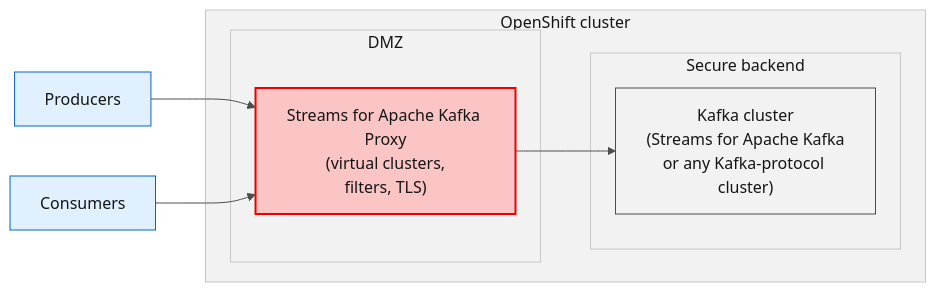
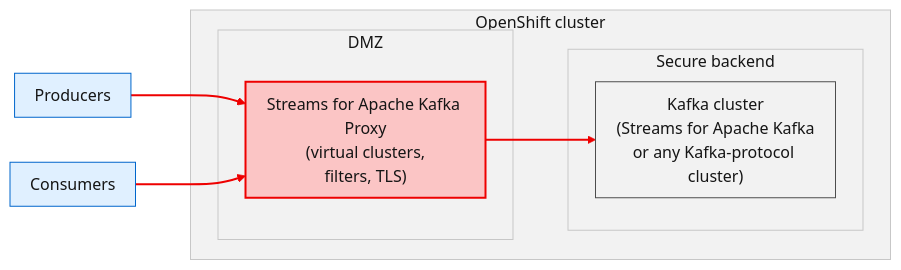
One commit to jcordes73/kafka-proxy-use-cases changed the first of 10 diagrams in README.md. Above: the diagram before and after it, drawn with Mermaid. The commit also changed other lines of this file and 11 other files, not shown here.

````diff
--- a/README.md
+++ b/README.md
@@ -40,19 +40,22 @@
 ```mermaid
-%%{init: {"theme":"base","themeVariables":{"fontFamily":"Red Hat Text, Red Hat Display, sans-serif","primaryColor":"#FFFFFF","primaryTextColor":"#151515","primaryBorderColor":"#C7C7C7","lineColor":"#4D4D4D","secondaryColor":"#F2F2F2","tertiaryColor":"#F2F2F2","clusterBkg":"#F2F2F2","clusterBorder":"#C7C7C7","edgeLabelBackground":"#FFFFFF","titleColor":"#151515"}}}%%
+%%{init: {"theme":"base","themeVariables":{"fontFamily":"Red Hat Text, Red Hat Display, sans-serif","primaryColor":"#FFFFFF","primaryTextColor":"#151515","primaryBorderColor":"#C7C7C7","lineColor":"#4D4D4D","secondaryColor":"#F2F2F2","tertiaryColor":"#F2F2F2","clusterBkg":"#F2F2F2","clusterBorder":"#C7C7C7","edgeLabelBackground":"#FFFFFF","titleColor":"#151515"},"flowchart":{"curve":"basis","nodeSpacing":45,"rankSpacing":55,"padding":10}}}%%
 flowchart LR
     subgraph openshift["OpenShift cluster"]
         subgraph dmzUC["DMZ"]
             P["Streams for Apache Kafka Proxy<br/>(virtual clusters,<br/>filters, TLS)"]
         end
         subgraph backendUC["Secure backend"]
             K["Kafka cluster<br/>(Streams for Apache Kafka<br/>or any Kafka-protocol cluster)"]
         end
     end
     Producers["Producers"] & Consumers["Consumers"] --> P
     P --> K
 
-    style P fill:#FBC5C5,stroke:#EE0000,stroke-width:2px
-    style K fill:#F2F2F2,stroke:#4D4D4D
-    style Producers fill:#E0F0FF,stroke:#0066CC
-    style Consumers fill:#E0F0FF,stroke:#0066CC
+classDef red fill:#FBC5C5,stroke:#EE0000,stroke-width:2px
+classDef blue fill:#E0F0FF,stroke:#0066CC
+classDef gray fill:#F2F2F2,stroke:#4D4D4D
+class P red
+class Producers,Consumers blue
+class K gray
+linkStyle 0,1,2 stroke:#EE0000,stroke-width:2px
 ```
````
